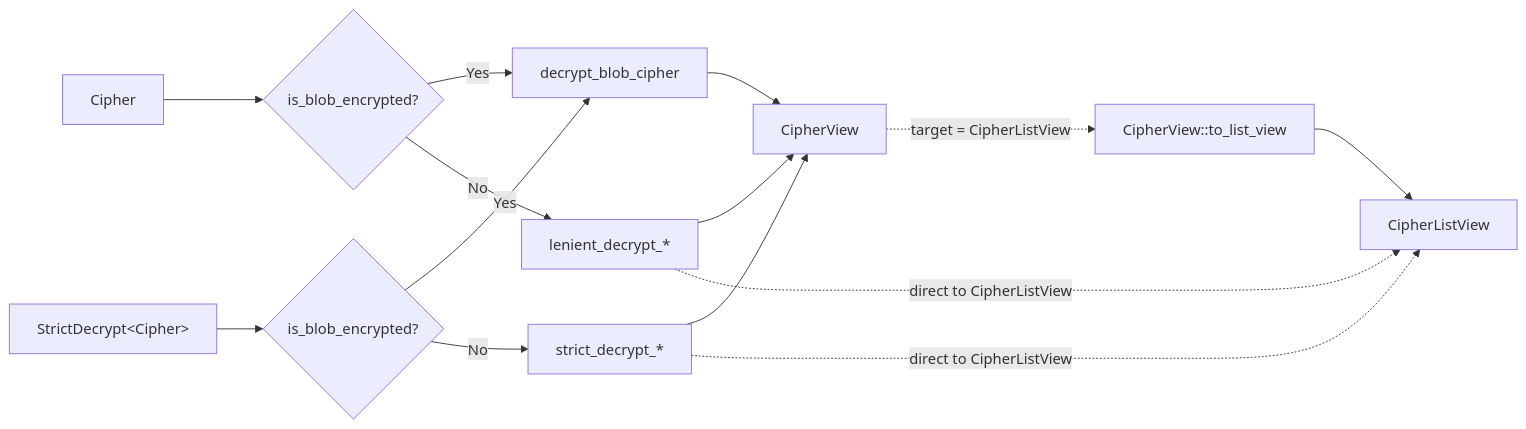
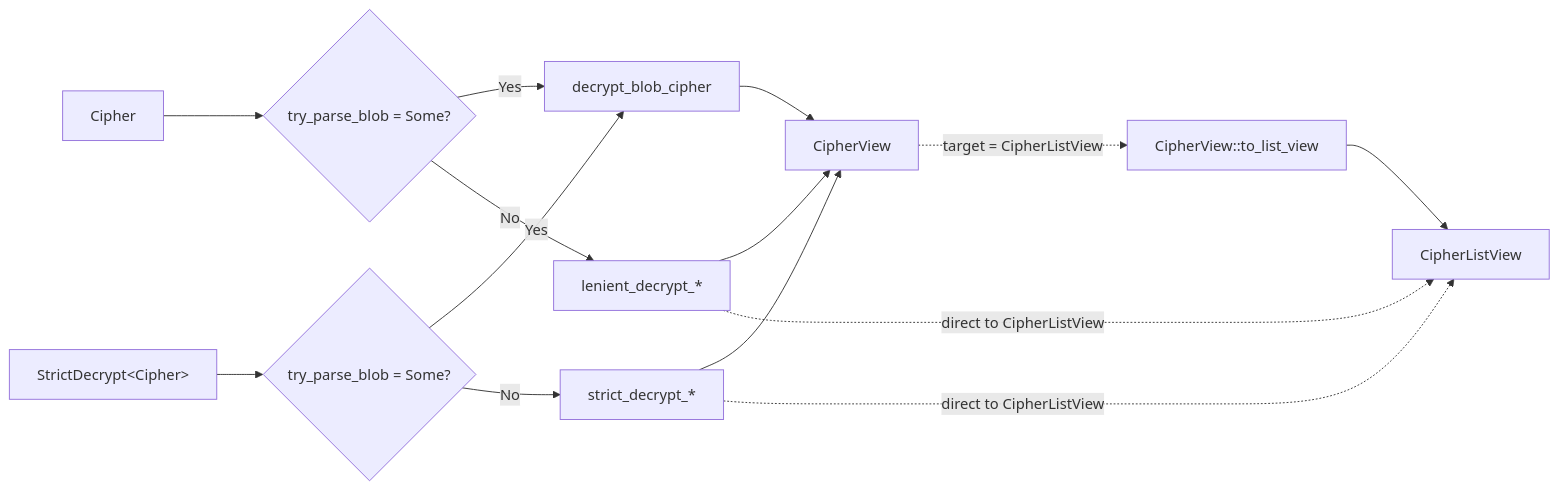
Before and after one commit to bitwarden/sdk-internal: the diagram in crates/bitwarden-vault/src/cipher/README.md, drawn with Mermaid. The commit also changed other lines of this file and 3 other files, not shown here.

````diff
--- a/crates/bitwarden-vault/src/cipher/README.md
+++ b/crates/bitwarden-vault/src/cipher/README.md
@@ -47,16 +52,16 @@
 ```mermaid
 flowchart LR
-    A[Cipher] --> C{is_blob_encrypted?}
+    A[Cipher] --> C{try_parse_blob = Some?}
     C -->|Yes| D[decrypt_blob_cipher]
     C -->|No| F[lenient_decrypt_*]
-    SC[StrictDecrypt&lt;Cipher&gt;] --> SCC{is_blob_encrypted?}
+    SC[StrictDecrypt&lt;Cipher&gt;] --> SCC{try_parse_blob = Some?}
     SCC -->|Yes| D
     SCC -->|No| E[strict_decrypt_*]
     D --> G[CipherView]
     E --> G
     F --> G
     G -.target = CipherListView.-> H[CipherView::to_list_view]
     H --> I[CipherListView]
     E -.direct to CipherListView.-> I
     F -.direct to CipherListView.-> I
 ```
````
